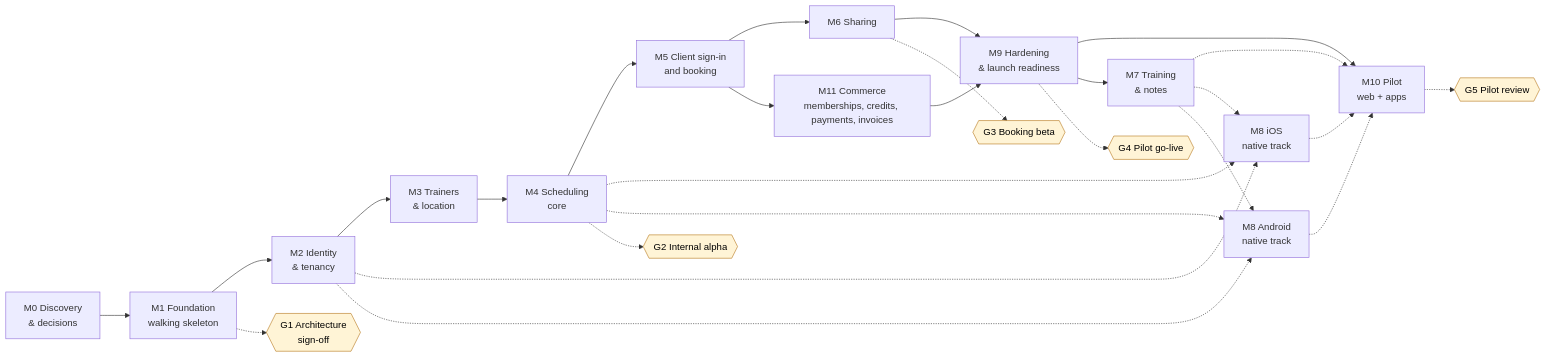
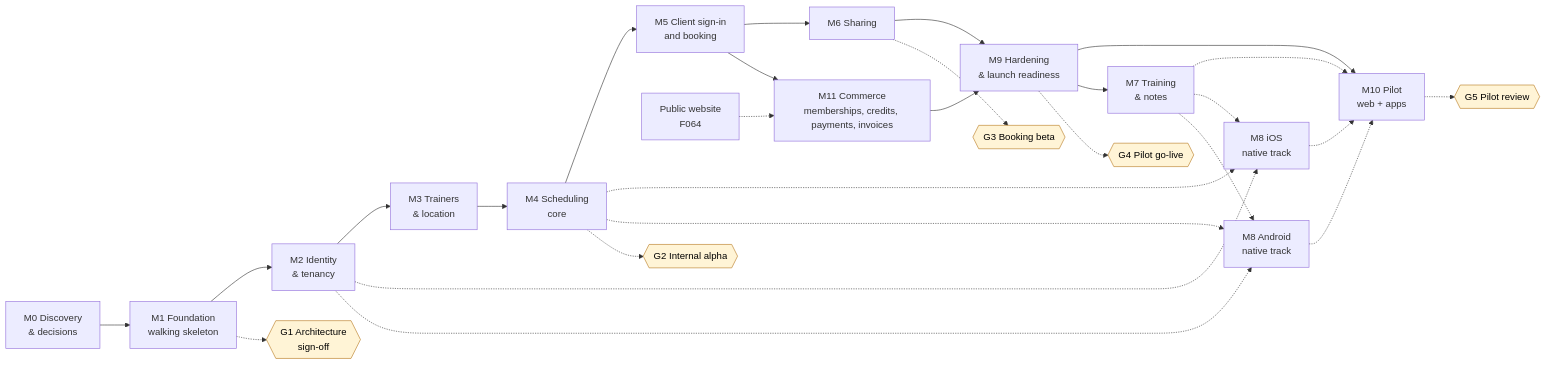
Before and after one commit to fivvi-app/fivvi: the first of 2 diagrams in docs/product/ROADMAP.md, drawn with Mermaid. The commit also changed other lines of this file and 7 other files, not shown here.

````diff
--- a/docs/product/ROADMAP.md
+++ b/docs/product/ROADMAP.md
@@ -83,36 +83,37 @@
 ```mermaid
 flowchart LR
   M0[M0 Discovery<br/>& decisions] --> M1[M1 Foundation<br/>walking skeleton]
   M1 --> M2[M2 Identity<br/>& tenancy]
   M2 --> M3[M3 Trainers<br/>& location]
   M3 --> M4[M4 Scheduling<br/>core]
   M4 --> M5[M5 Client sign-in<br/>and booking]
   M5 --> M6[M6 Sharing]
   M5 --> M11[M11 Commerce<br/>memberships, credits, payments, invoices]
+  W[Public website<br/>F064] -.-> M11
   M6 --> M9[M9 Hardening<br/>& launch readiness]
   M11 --> M9
   M9 --> M10[M10 Pilot<br/>web + apps]
   M9 --> M7[M7 Training<br/>& notes]
   M2 -.-> M8i[M8 iOS<br/>native track]
   M2 -.-> M8a[M8 Android<br/>native track]
   M4 -.-> M8i
   M4 -.-> M8a
   M7 -.-> M10
   M7 -.-> M8i
   M7 -.-> M8a
   M8i -.-> M10
   M8a -.-> M10
 
   G1{{G1 Architecture<br/>sign-off}}:::gate
   G2{{G2 Internal alpha}}:::gate
   G3{{G3 Booking beta}}:::gate
   G4{{G4 Pilot go-live}}:::gate
   G5{{G5 Pilot review}}:::gate
   M1 -.-> G1
   M4 -.-> G2
   M6 -.-> G3
   M9 -.-> G4
   M10 -.-> G5
 
   classDef gate fill:#fff4d6,stroke:#b7791f,color:#000;
 ```
````
